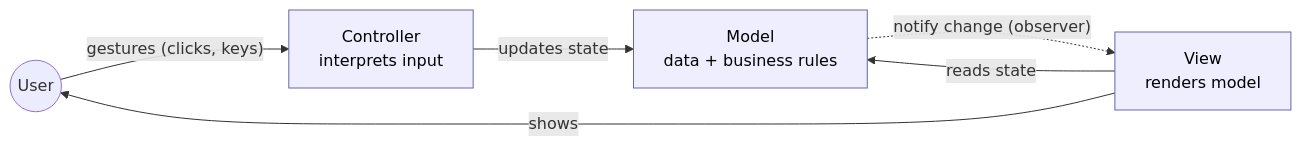
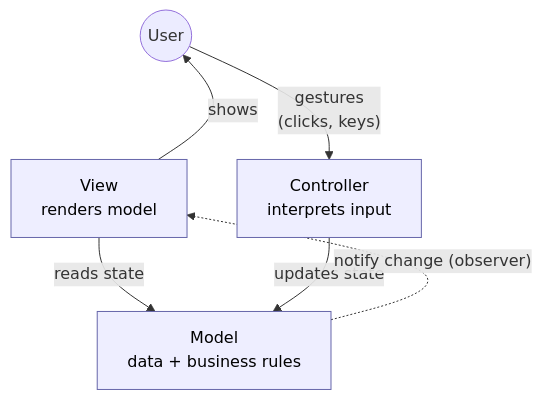
One commit to vrthra/open-swe-book changed the fourth of 11 diagrams in chapters/07-architectural-patterns/README.md. Above: the diagram before and after it, drawn with Mermaid. The commit also changed other lines of this file and 23 other files, not shown here.

Commit message:
Update tab order and fixed diagrams

````diff
--- a/chapters/07-architectural-patterns/README.md
+++ b/chapters/07-architectural-patterns/README.md
@@ -410,14 +410,15 @@
 ```mermaid
-flowchart LR
+flowchart TD
     U((User))
+    V["View<br/>renders model"]
     C["Controller<br/>interprets input"]
     M["Model<br/>data + business rules"]
-    V["View<br/>renders model"]
-    U -->|"gestures (clicks, keys)"| C
+    U ~~~ V
+    V -->|"reads state"| M
+    V -->|"shows"| U
+    U -->|"gestures<br/>(clicks, keys)"| C
     C -->|"updates state"| M
     M -.->|"notify change (observer)"| V
-    V -->|"reads state"| M
-    V -->|"shows"| U
     classDef mvc fill:#eef,stroke:#66a,color:#000;
     class C,M,V mvc;
 ```
````
